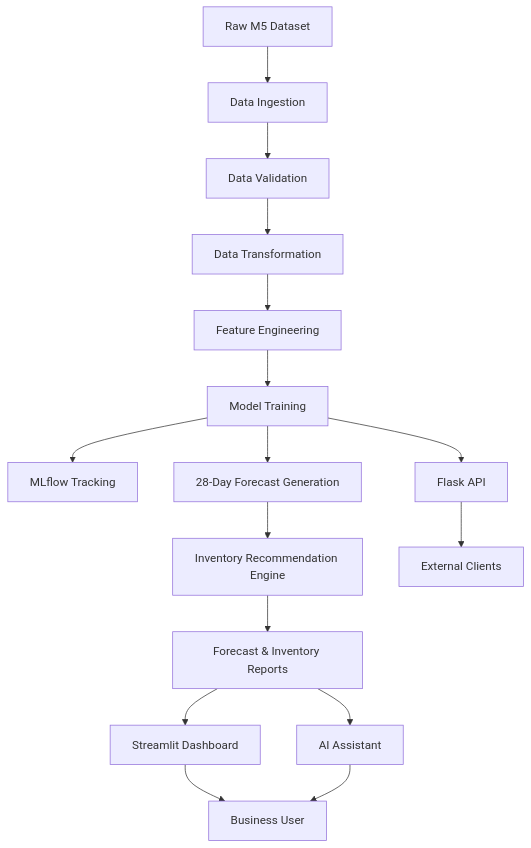
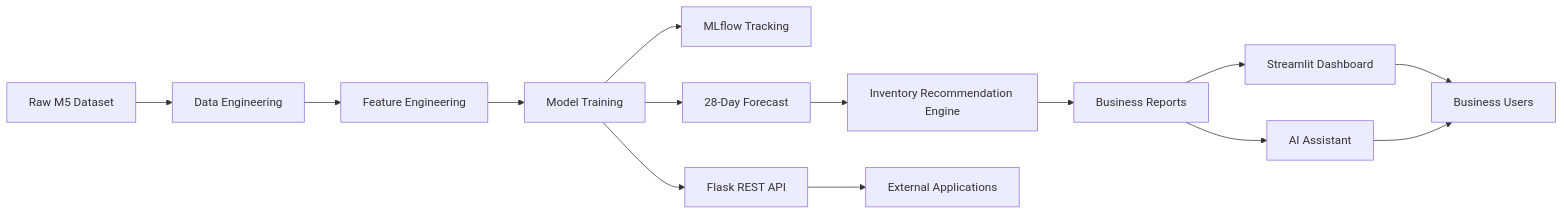
One commit to hanannazri/Intelligent-Forecasting-MLOps-Platform changed the first of 4 diagrams in README.md. Above: the diagram before and after it, drawn with Mermaid. The commit also changed other lines of this file, not shown here.

First line of the commit message:
Revise README for clarity and feature updates

````diff
--- a/README.md
+++ b/README.md
@@ -87,18 +163,29 @@
 ```mermaid
-flowchart TD
-    A[Raw M5 Dataset] --> B[Data Ingestion]
-    B --> C[Data Validation]
-    C --> D[Data Transformation]
-    D --> E[Feature Engineering]
-    E --> F[Model Training]
-    F --> G[MLflow Tracking]
-    F --> H[28-Day Forecast Generation]
-    H --> I[Inventory Recommendation Engine]
-    I --> J[Forecast & Inventory Reports]
-    J --> K[Streamlit Dashboard]
-    J --> L[AI Assistant]
-    F --> M[Flask API]
-    M --> N[External Clients]
-    K --> O[Business User]
-    L --> O
+flowchart LR
+
+A[Raw M5 Dataset] --> B[Data Engineering]
+
+B --> C[Feature Engineering]
+
+C --> D[Model Training]
+
+D --> E[MLflow Tracking]
+
+D --> F[28-Day Forecast]
+
+F --> G[Inventory Recommendation Engine]
+
+G --> H[Business Reports]
+
+H --> I[Streamlit Dashboard]
+
+H --> J[AI Assistant]
+
+D --> K[Flask REST API]
+
+K --> L[External Applications]
+
+I --> M[Business Users]
+
+J --> M
 ```
````
